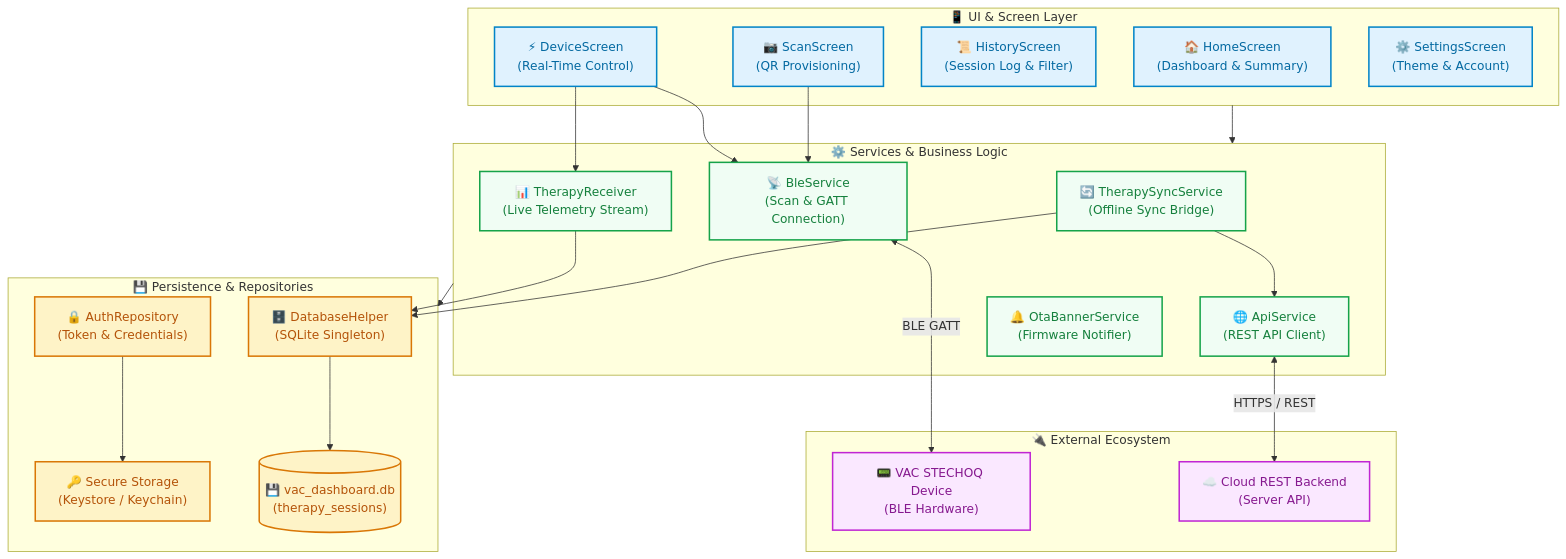
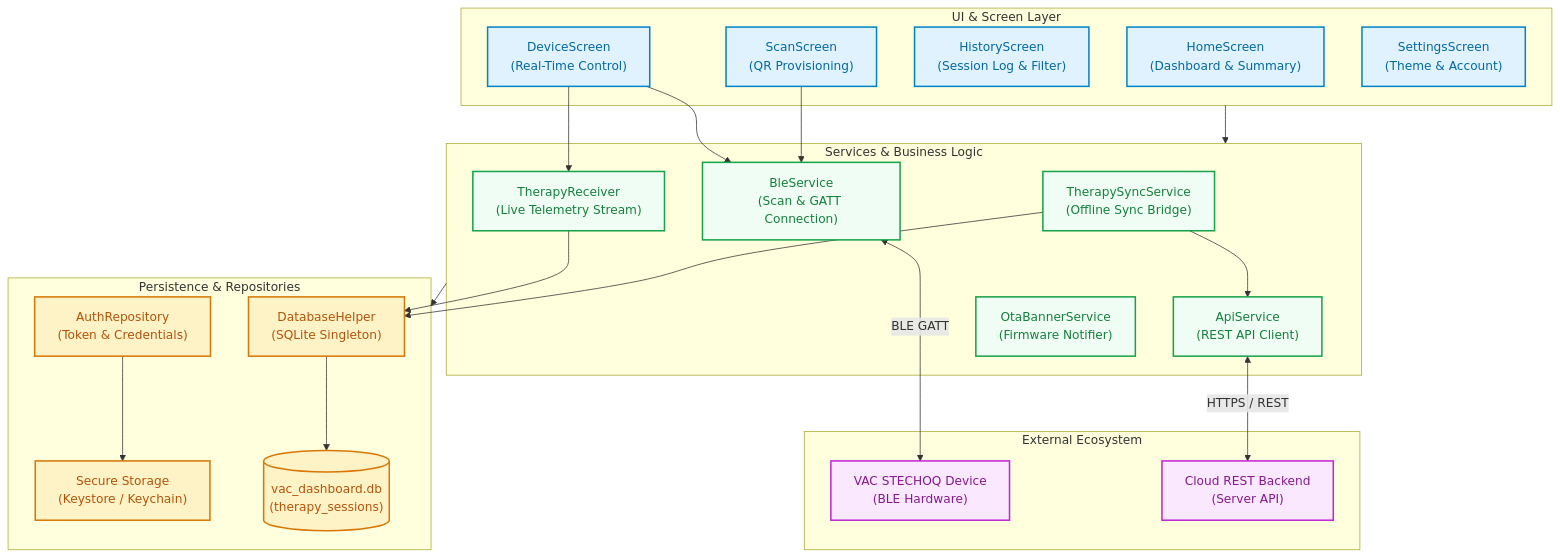
Before and after one commit to nashirabbash/VAC-IoT: the first of 5 diagrams in README.md, drawn with Mermaid. The commit also changed other lines of this file, not shown here.

Commit message:
docs: remove emojis from mermaid diagrams in README

````diff
--- a/README.md
+++ b/README.md
@@ -53,58 +190,58 @@
 ```mermaid
 flowchart TD
     accTitle: VAC STECHOQ Dashboard System Architecture
     accDescr: Component architecture showing user interfaces, background services, persistence layers, hardware BLE interfaces, and cloud REST integration.
 
-    subgraph UI["📱 UI & Screen Layer"]
-        home_screen["🏠 HomeScreen<br/>(Dashboard & Summary)"]
-        device_screen["⚡ DeviceScreen<br/>(Real-Time Control)"]
-        history_screen["📜 HistoryScreen<br/>(Session Log & Filter)"]
-        scan_screen["📷 ScanScreen<br/>(QR Provisioning)"]
-        settings_screen["⚙️ SettingsScreen<br/>(Theme & Account)"]
+    subgraph UI["UI & Screen Layer"]
+        home_screen["HomeScreen<br/>(Dashboard & Summary)"]
+        device_screen["DeviceScreen<br/>(Real-Time Control)"]
+        history_screen["HistoryScreen<br/>(Session Log & Filter)"]
+        scan_screen["ScanScreen<br/>(QR Provisioning)"]
+        settings_screen["SettingsScreen<br/>(Theme & Account)"]
     end
 
-    subgraph SERVICES["⚙️ Services & Business Logic"]
-        ble_service["📡 BleService<br/>(Scan & GATT Connection)"]
-        therapy_receiver["📊 TherapyReceiver<br/>(Live Telemetry Stream)"]
-        therapy_sync["🔄 TherapySyncService<br/>(Offline Sync Bridge)"]
-        api_service["🌐 ApiService<br/>(REST API Client)"]
-        ota_service["🔔 OtaBannerService<br/>(Firmware Notifier)"]
+    subgraph SERVICES["Services & Business Logic"]
+        ble_service["BleService<br/>(Scan & GATT Connection)"]
+        therapy_receiver["TherapyReceiver<br/>(Live Telemetry Stream)"]
+        therapy_sync["TherapySyncService<br/>(Offline Sync Bridge)"]
+        api_service["ApiService<br/>(REST API Client)"]
+        ota_service["OtaBannerService<br/>(Firmware Notifier)"]
     end
 
-    subgraph DATA["💾 Persistence & Repositories"]
-        auth_repo["🔒 AuthRepository<br/>(Token & Credentials)"]
-        db_helper["🗄️ DatabaseHelper<br/>(SQLite Singleton)"]
-        secure_storage["🔑 Secure Storage<br/>(Keystore / Keychain)"]
-        sqlite_db[("💾 vac_dashboard.db<br/>(therapy_sessions)")]
+    subgraph DATA["Persistence & Repositories"]
+        auth_repo["AuthRepository<br/>(Token & Credentials)"]
+        db_helper["DatabaseHelper<br/>(SQLite Singleton)"]
+        secure_storage["Secure Storage<br/>(Keystore / Keychain)"]
+        sqlite_db[("vac_dashboard.db<br/>(therapy_sessions)")]
     end
 
-    subgraph EXTERNAL["🔌 External Ecosystem"]
-        vac_hardware["📟 VAC STECHOQ Device<br/>(BLE Hardware)"]
-        cloud_backend["☁️ Cloud REST Backend<br/>(Server API)"]
+    subgraph EXTERNAL["External Ecosystem"]
+        vac_hardware["VAC STECHOQ Device<br/>(BLE Hardware)"]
+        cloud_backend["Cloud REST Backend<br/>(Server API)"]
     end
 
     UI --> SERVICES
     device_screen --> ble_service
     device_screen --> therapy_receiver
     scan_screen --> ble_service
     
     SERVICES --> DATA
     therapy_receiver --> db_helper
     therapy_sync --> db_helper
     therapy_sync --> api_service
     auth_repo --> secure_storage
     db_helper --> sqlite_db
 
     ble_service <-->|"BLE GATT"| vac_hardware
     api_service <-->|"HTTPS / REST"| cloud_backend
 
     classDef uiStyle fill:#e0f2fe,stroke:#0284c7,stroke-width:2px,color:#0369a1
     classDef serviceStyle fill:#f0fdf4,stroke:#16a34a,stroke-width:2px,color:#15803d
     classDef dataStyle fill:#fef3c7,stroke:#d97706,stroke-width:2px,color:#b45309
     classDef extStyle fill:#fae8ff,stroke:#c026d3,stroke-width:2px,color:#86198f
 
     class home_screen,device_screen,history_screen,scan_screen,settings_screen uiStyle
     class ble_service,therapy_receiver,therapy_sync,api_service,ota_service serviceStyle
     class auth_repo,db_helper,secure_storage,sqlite_db dataStyle
     class vac_hardware,cloud_backend extStyle
 ```
````
